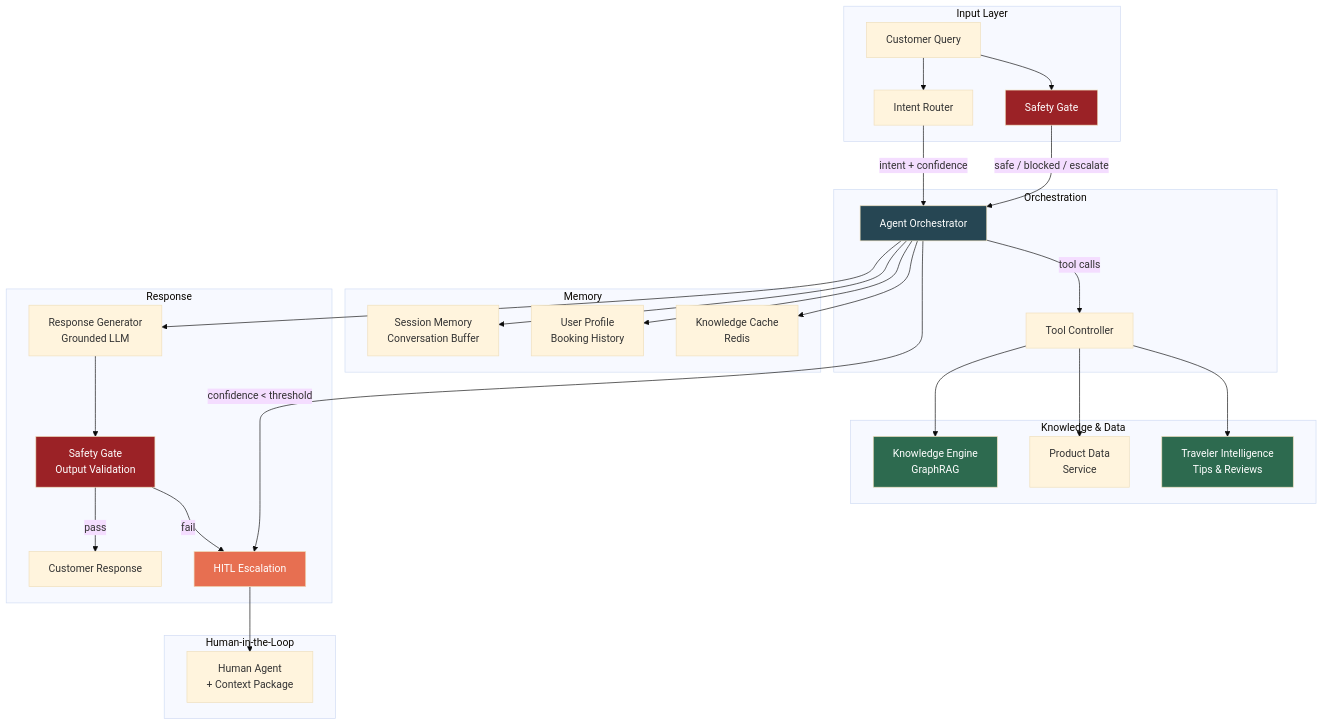
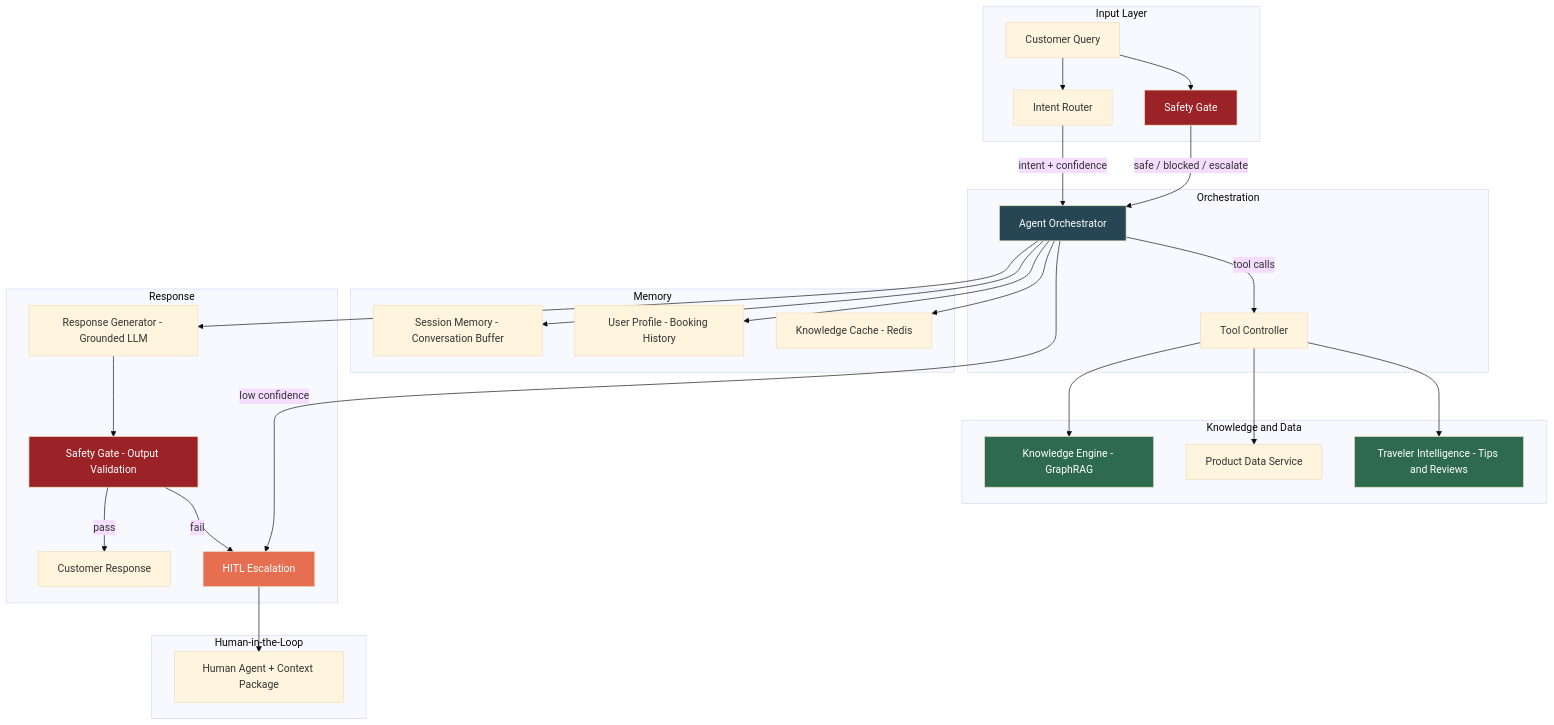
One commit to snehalnair/snehalnair.github.io changed the first of 3 diagrams in _portfolio/portfolio-2.md. Above: the diagram before and after it, drawn with Mermaid (base theme). The commit also changed other lines of this file and 1 other file, not shown here.

First line of the commit message:
Fix Mermaid diagrams: use fenced code blocks with runtime conversion

````diff
--- a/_portfolio/portfolio-2.md
+++ b/_portfolio/portfolio-2.md
@@ -26,44 +26,44 @@
-<pre class="mermaid">
+```mermaid
 graph TB
     subgraph Input Layer
         CQ[Customer Query] --> IR[Intent Router]
         CQ --> SG[Safety Gate]
     end
 
     subgraph Orchestration
         IR -->|intent + confidence| AO[Agent Orchestrator]
         SG -->|safe / blocked / escalate| AO
         AO -->|tool calls| TC[Tool Controller]
     end
 
-    subgraph Knowledge & Data
-        TC --> KE[Knowledge Engine<br/>GraphRAG]
-        TC --> PD[Product Data<br/>Service]
-        TC --> TI[Traveler Intelligence<br/>Tips & Reviews]
+    subgraph Knowledge and Data
+        TC --> KE[Knowledge Engine - GraphRAG]
+        TC --> PD[Product Data Service]
+        TC --> TI[Traveler Intelligence - Tips and Reviews]
     end
 
     subgraph Memory
-        AO --> SM[Session Memory<br/>Conversation Buffer]
-        AO --> UP[User Profile<br/>Booking History]
-        AO --> KC[Knowledge Cache<br/>Redis]
+        AO --> SM[Session Memory - Conversation Buffer]
+        AO --> UP[User Profile - Booking History]
+        AO --> KC[Knowledge Cache - Redis]
     end
 
     subgraph Response
-        AO --> RG[Response Generator<br/>Grounded LLM]
-        RG --> SG2[Safety Gate<br/>Output Validation]
+        AO --> RG[Response Generator - Grounded LLM]
+        RG --> SG2[Safety Gate - Output Validation]
         SG2 -->|pass| CR[Customer Response]
         SG2 -->|fail| HE[HITL Escalation]
     end
 
     subgraph Human-in-the-Loop
-        AO -->|confidence < threshold| HE
-        HE --> HA[Human Agent<br/>+ Context Package]
+        AO -->|low confidence| HE
+        HE --> HA[Human Agent + Context Package]
     end
 
     style KE fill:#2d6a4f,color:#fff
     style TI fill:#2d6a4f,color:#fff
     style SG fill:#9b2226,color:#fff
     style SG2 fill:#9b2226,color:#fff
     style HE fill:#e76f51,color:#fff
     style AO fill:#264653,color:#fff
-</pre>
+```
````
